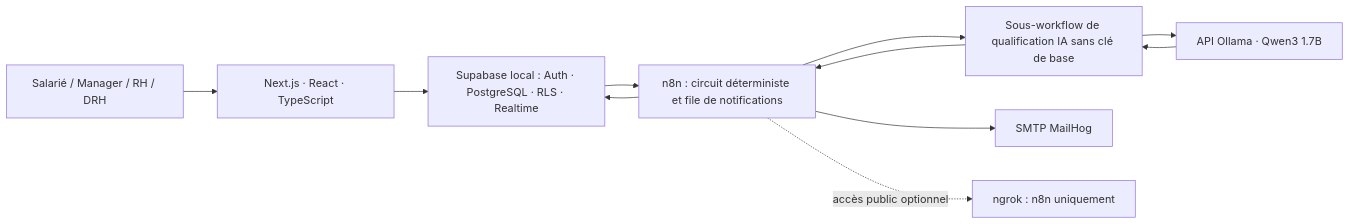
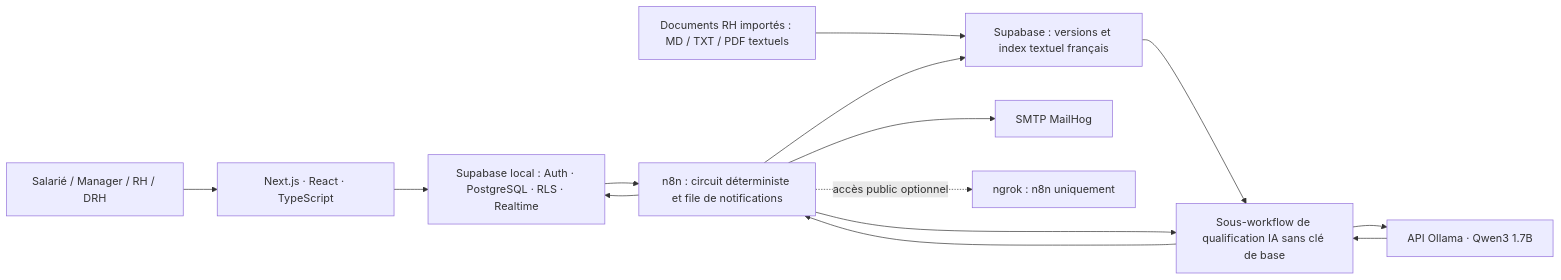
The diagram in README.md (BouchardMehdi/NovaCorp), drawn with Mermaid before and after one commit. The commit also changed other lines of this file and 35 other files, not shown here.

````diff
--- a/README.md
+++ b/README.md
@@ -45,13 +46,16 @@
 ```mermaid
 flowchart LR
   U[Salarié / Manager / RH / DRH] --> F[Next.js · React · TypeScript]
   F --> S[Supabase local : Auth · PostgreSQL · RLS · Realtime]
   S --> N[n8n : circuit déterministe et file de notifications]
+  D[Documents RH importés : MD / TXT / PDF textuels] --> K[Supabase : versions et index textuel français]
+  N --> K
+  K --> A
   N --> A[Sous-workflow de qualification IA sans clé de base]
   A --> O[API Ollama · Qwen3 1.7B]
   O --> A
   A --> N
   N --> S
   N --> M[SMTP MailHog]
   N -. accès public optionnel .-> G[ngrok : n8n uniquement]
 ```
````
